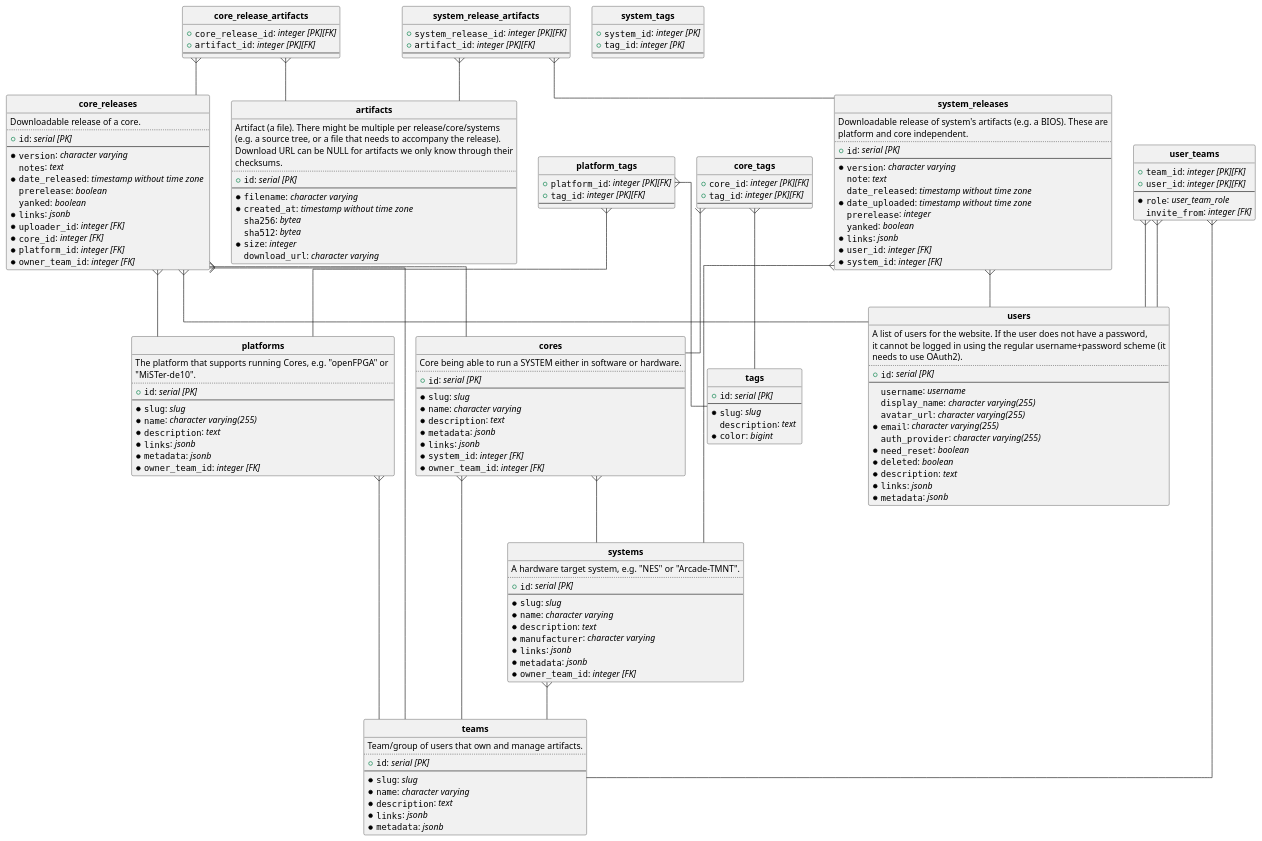
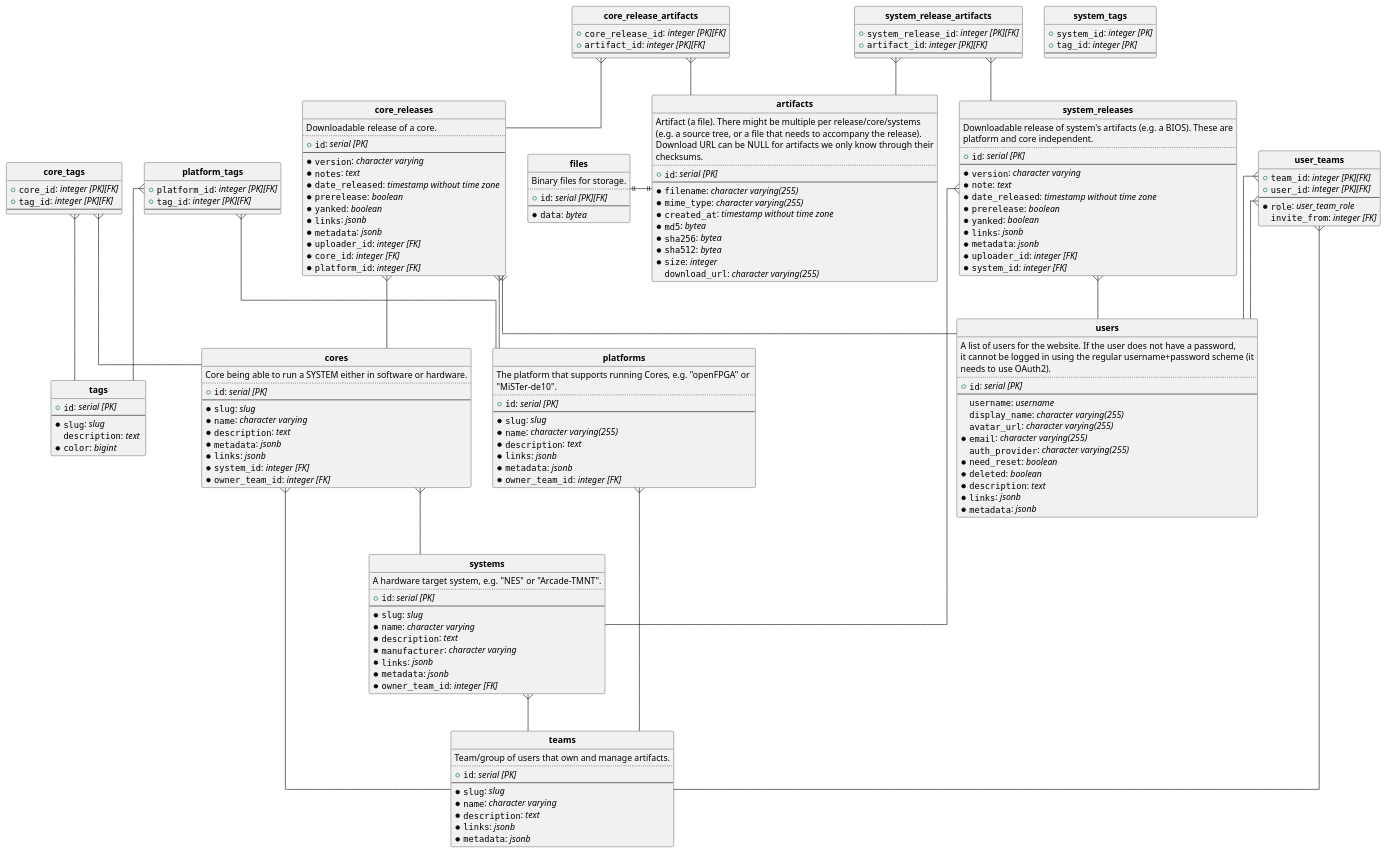
One commit to 1fpga/retronomicon changed the diagram in docs/database.puml. Above: the diagram before and after it, drawn with PlantUML. The commit also changed 37 other files, not shown here.

```diff
--- a/docs/database.puml
+++ b/docs/database.puml
@@ -7,12 +7,14 @@
   ..
   + ""id"": //serial [PK]//
   --
-  *""filename"": //character varying //
+  *""filename"": //character varying(255) //
+  *""mime_type"": //character varying(255) //
   *""created_at"": //timestamp without time zone //
-  ""sha256"": //bytea //
-  ""sha512"": //bytea //
+  *""md5"": //bytea //
+  *""sha256"": //bytea //
+  *""sha512"": //bytea //
   *""size"": //integer //
-  ""download_url"": //character varying //
+  ""download_url"": //character varying(255) //
 }
 
 entity "**core_release_artifacts**" {
@@ -27,15 +29,15 @@
   + ""id"": //serial [PK]//
   --
   *""version"": //character varying //
-  ""notes"": //text //
+  *""notes"": //text //
   *""date_released"": //timestamp without time zone //
-  ""prerelease"": //boolean //
-  ""yanked"": //boolean //
+  *""prerelease"": //boolean //
+  *""yanked"": //boolean //
   *""links"": //jsonb //
+  *""metadata"": //jsonb //
   *""uploader_id"": //integer [FK]//
   *""core_id"": //integer [FK]//
   *""platform_id"": //integer [FK]//
-  *""owner_team_id"": //integer [FK]//
 }
 
 entity "**core_tags**" {
@@ -56,6 +58,14 @@
   *""links"": //jsonb //
   *""system_id"": //integer [FK]//
   *""owner_team_id"": //integer [FK]//
+}
+
+entity "**files**" {
+  Binary files for storage.
+  ..
+  + ""id"": //serial [PK][FK]//
+  --
+  *""data"": //bytea //
 }
 
 entity "**platform_tags**" {
@@ -89,13 +99,13 @@
   + ""id"": //serial [PK]//
   --
   *""version"": //character varying //
-  ""note"": //text //
-  ""date_released"": //timestamp without time zone //
-  *""date_uploaded"": //timestamp without time zone //
-  ""prerelease"": //integer //
-  ""yanked"": //boolean //
+  *""note"": //text //
+  *""date_released"": //timestamp without time zone //
+  *""prerelease"": //boolean //
+  *""yanked"": //boolean //
   *""links"": //jsonb //
-  *""user_id"": //integer [FK]//
+  *""metadata"": //jsonb //
+  *""uploader_id"": //integer [FK]//
   *""system_id"": //integer [FK]//
 }
 
@@ -170,8 +180,6 @@
 
 "**core_releases**"   }--  "**cores**"
 
-"**core_releases**"   }--  "**teams**"
-
 "**core_releases**"   }--  "**platforms**"
 
 "**core_releases**"   }--  "**users**"
@@ -183,6 +191,8 @@
 "**cores**"   }--  "**teams**"
 
 "**cores**"   }--  "**systems**"
+
+"**files**"  ||-||  "**artifacts**"
 
 "**platform_tags**"   }--  "**platforms**"
 
```
